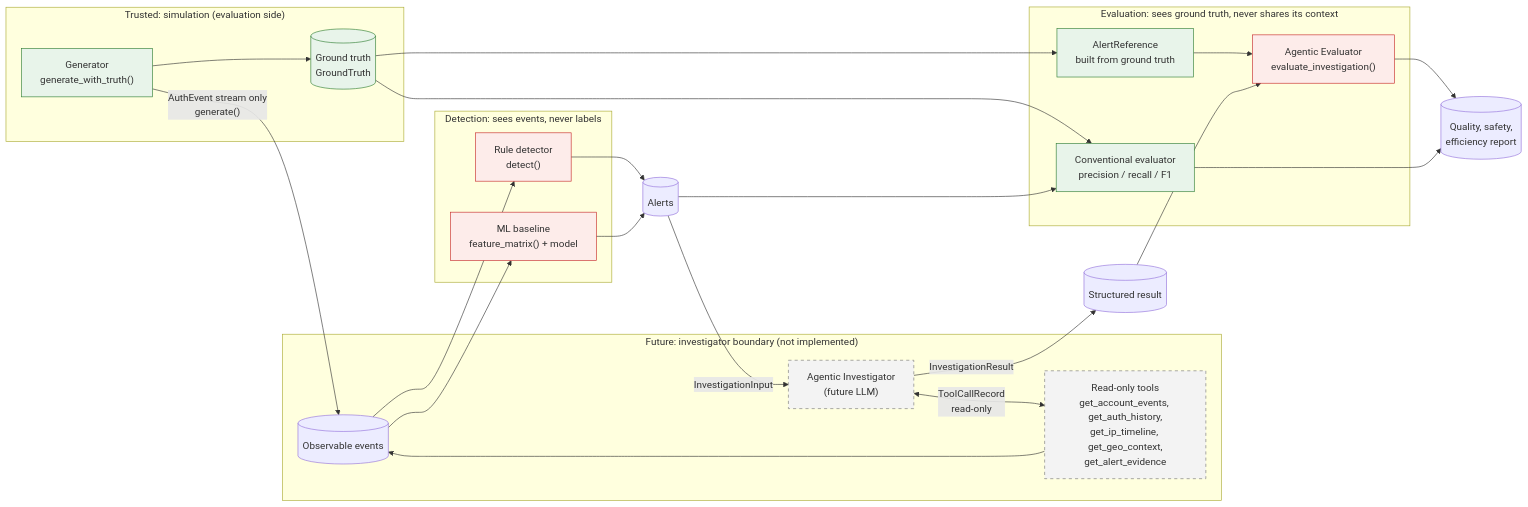
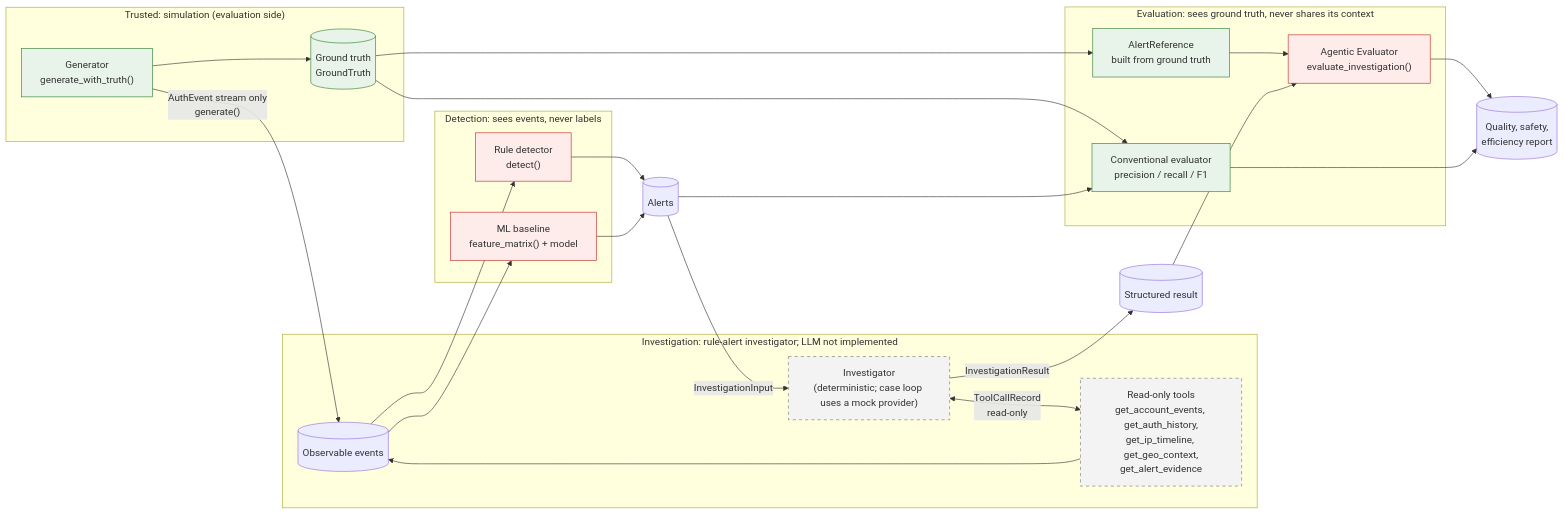
One commit to mateopappa/login-log-anomaly-explorer-ml changed the diagram in docs/agentic-evaluators.md. Above: the diagram before and after it, drawn with Mermaid. The commit also changed other lines of this file and 33 other files, not shown here.

````diff
--- a/docs/agentic-evaluators.md
+++ b/docs/agentic-evaluators.md
@@ -24,52 +30,52 @@
 ```mermaid
 flowchart LR
     subgraph Trusted_generation["Trusted: simulation (evaluation side)"]
         GEN["Generator<br/>generate_with_truth()"]
         GT[("Ground truth<br/>GroundTruth")]
         GEN --> GT
     end
 
     GEN -- "AuthEvent stream only<br/>generate()" --> EVT[("Observable events")]
 
     subgraph Detection["Detection: sees events, never labels"]
         RULES["Rule detector<br/>detect()"]
         ML["ML baseline<br/>feature_matrix() + model"]
     end
 
     EVT --> RULES
     EVT --> ML
     RULES --> ALERTS[("Alerts")]
     ML --> ALERTS
 
     ALERTS -- "InvestigationInput" --> INV
 
-    subgraph Investigation["Future: investigator boundary (not implemented)"]
-        INV["Agentic Investigator<br/>(future LLM)"]
+    subgraph Investigation["Investigation: rule-alert investigator; LLM not implemented"]
+        INV["Investigator<br/>(deterministic; case loop uses a mock provider)"]
         TOOLS["Read-only tools<br/>get_account_events, get_auth_history,<br/>get_ip_timeline, get_geo_context,<br/>get_alert_evidence"]
         INV <-- "ToolCallRecord<br/>read-only" --> TOOLS
         TOOLS --> EVT
     end
 
     INV -- "InvestigationResult" --> RES[("Structured result")]
 
     subgraph Evaluation["Evaluation: sees ground truth, never shares its context"]
         AE["Agentic Evaluator<br/>evaluate_investigation()"]
         CE["Conventional evaluator<br/>precision / recall / F1"]
         REF["AlertReference<br/>built from ground truth"]
         GT --> REF
         GT --> CE
         REF --> AE
     end
 
     RES --> AE
     ALERTS --> CE
     AE --> REPORT[("Quality, safety,<br/>efficiency report")]
     CE --> REPORT
 
     classDef trusted fill:#e8f4ea,stroke:#2e7d32
     classDef untrusted fill:#fdecea,stroke:#c62828
     classDef future fill:#f3f3f3,stroke:#757575,stroke-dasharray: 5 5
     class GEN,GT,REF,CE trusted
     class INV,TOOLS future
     class RULES,ML,AE untrusted
 ```
````
